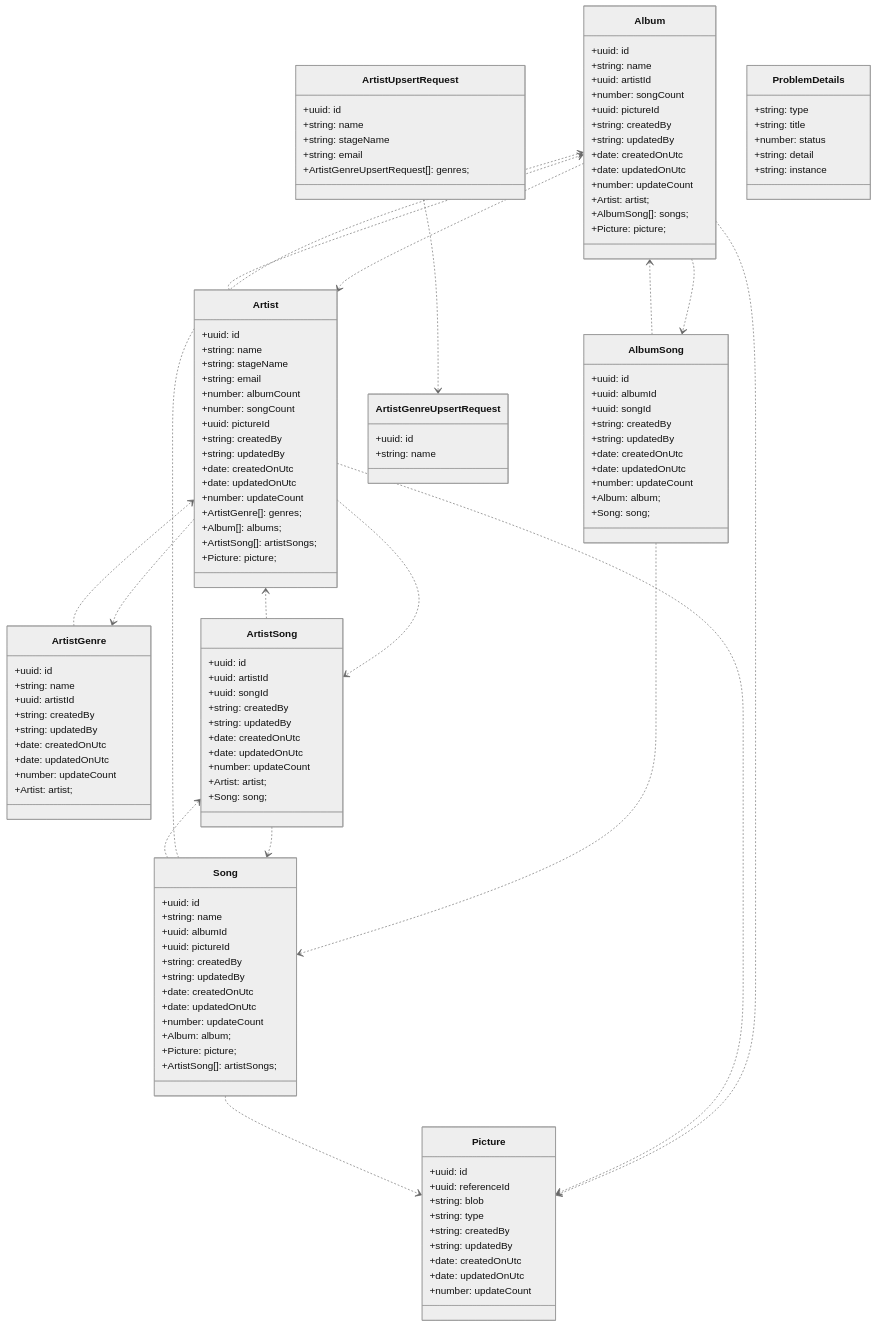
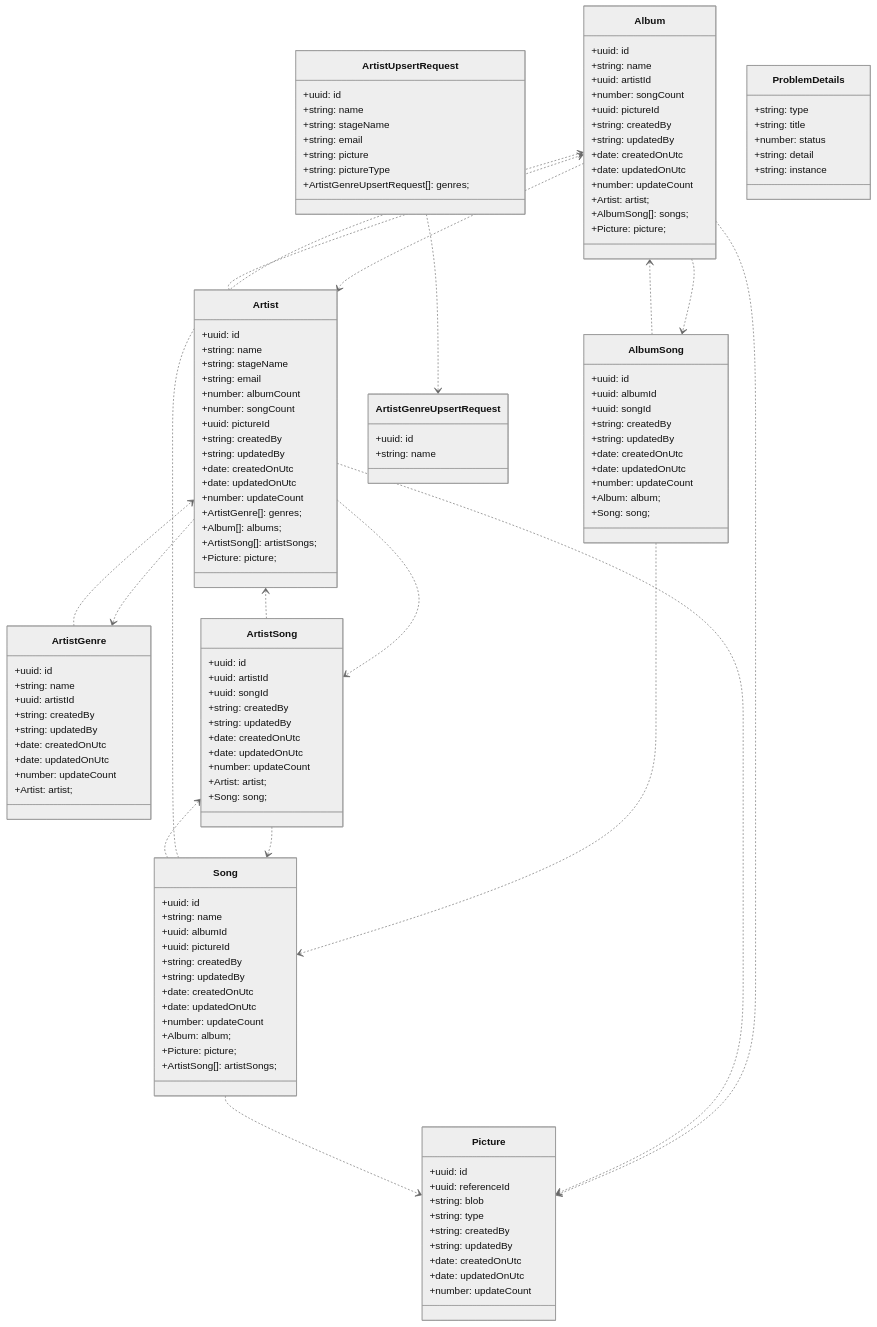
One commit to ikemtz/ITEC5905 changed the diagram in docs/artists-webapi/class-diagram.md. Above: the diagram before and after it, drawn with Mermaid (neutral theme). The commit also changed 20 other files, not shown here.

```diff
--- a/docs/artists-webapi/class-diagram.md
+++ b/docs/artists-webapi/class-diagram.md
@@ -95,6 +95,8 @@
     +string: name
     +string: stageName
     +string: email
+    +string: picture
+    +string: pictureType
     +ArtistGenreUpsertRequest[]: genres;
   }
   class Picture{
```
